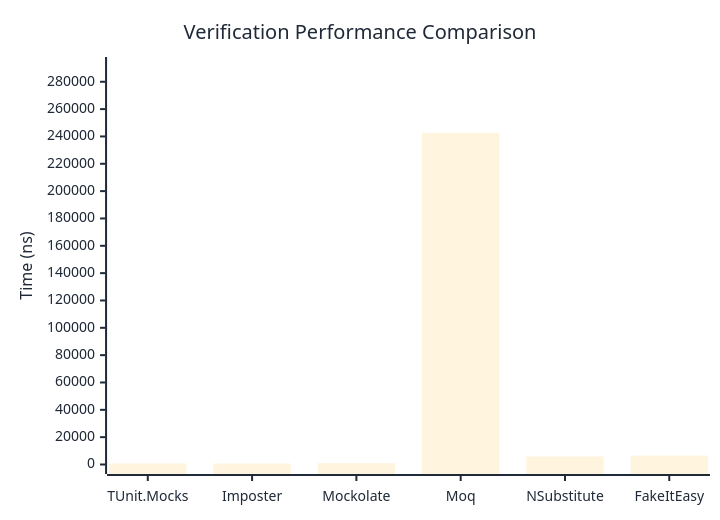
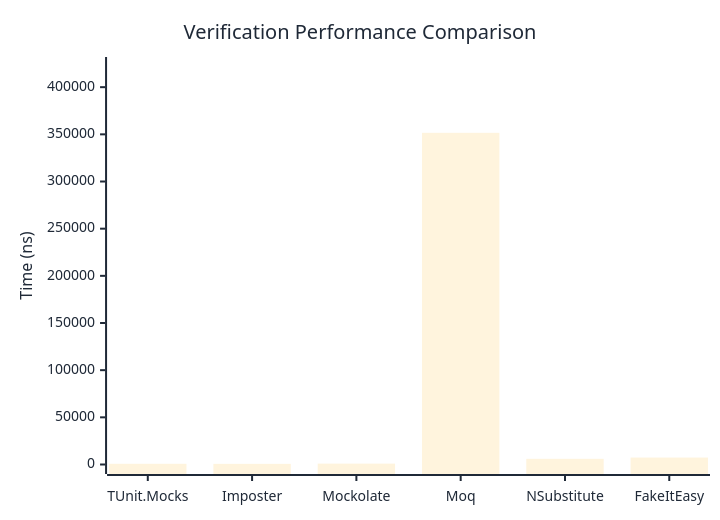
The first of 3 diagrams in docs/docs/benchmarks/mocks/Verification.md (thomhurst/TUnit), drawn with Mermaid before and after one commit. The commit also changed other lines of this file and 14 other files, not shown here.

````diff
--- a/docs/docs/benchmarks/mocks/Verification.md
+++ b/docs/docs/benchmarks/mocks/Verification.md
@@ -28,27 +28,27 @@
 ```mermaid
 %%{init: {
   'theme':'base',
   'themeVariables': {
     'primaryColor': '#2563eb',
     'primaryTextColor': '#1f2937',
     'primaryBorderColor': '#1e40af',
     'lineColor': '#6b7280',
     'secondaryColor': '#7c3aed',
     'tertiaryColor': '#dc2626',
     'background': '#ffffff',
     'pie1': '#2563eb',
     'pie2': '#7c3aed',
     'pie3': '#dc2626',
     'pie4': '#f59e0b',
     'pie5': '#10b981',
     'pie6': '#06b6d4',
     'pie7': '#ec4899',
     'pie8': '#6366f1'
   }
 }}%%
 xychart-beta
   title "Verification Performance Comparison"
   x-axis ["TUnit.Mocks", "Imposter", "Mockolate", "Moq", "NSubstitute", "FakeItEasy"]
-  y-axis "Time (ns)" 0 --> 291170
-  bar [764.54, 678.08, 942.96, 242640.94, 5870.17, 6493.05]
+  y-axis "Time (ns)" 0 --> 421919
+  bar [740.47, 696.81, 926.56, 351598.54, 6038.71, 7366.95]
 ```
````
